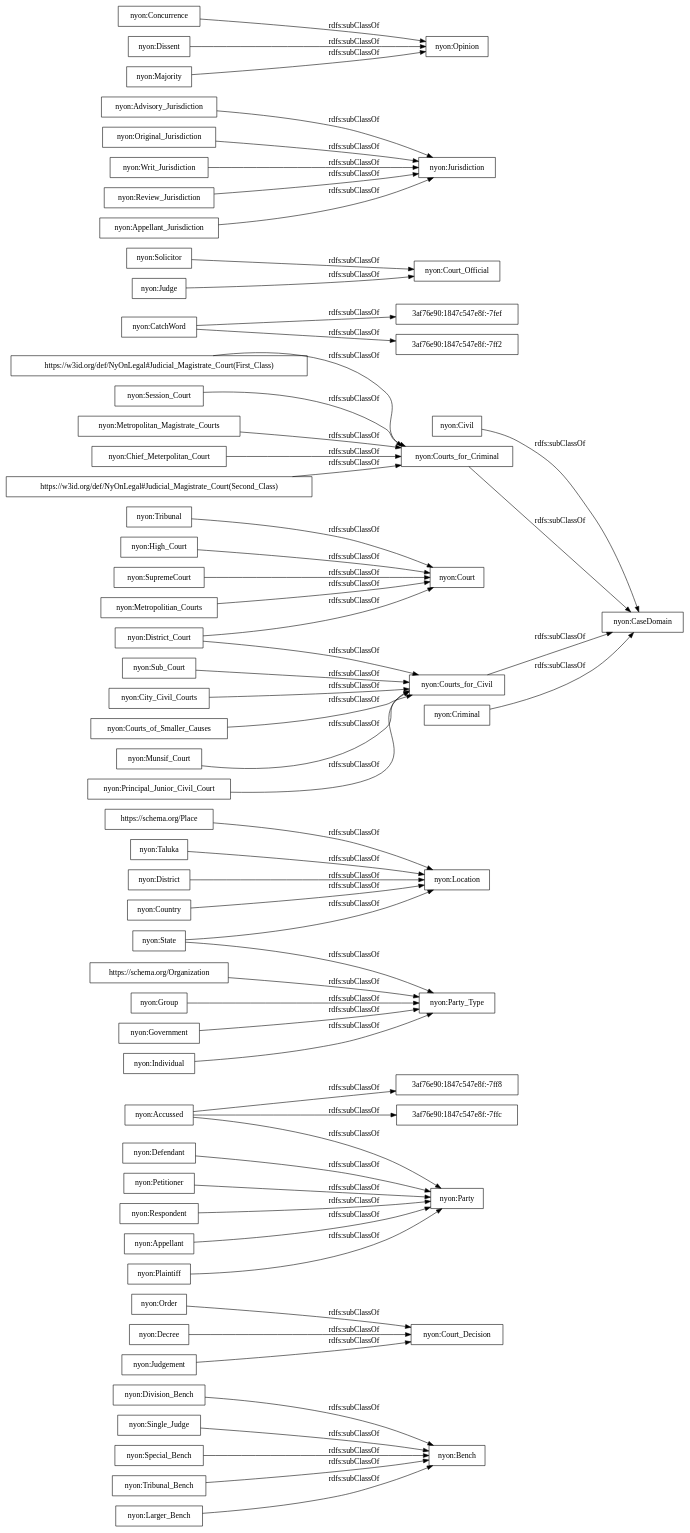
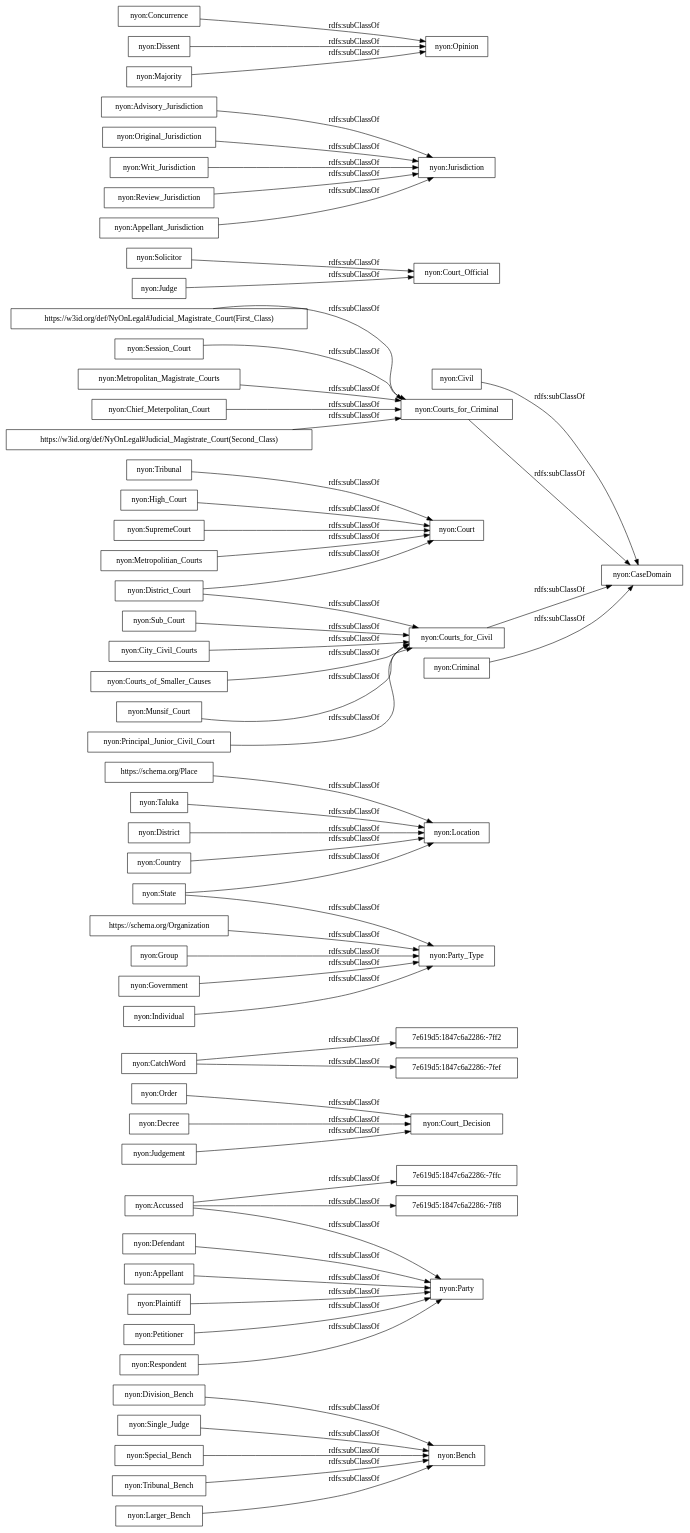
The diagram in OnToology/NyOn.owl/diagrams/ar2dtool-taxonomy/NyOn.owl.png.dot (ahmad88me/NyOn), drawn with Graphviz before and after one commit. The commit also changed 6 other files, not shown here.

```diff
--- a/OnToology/NyOn.owl/diagrams/ar2dtool-taxonomy/NyOn.owl.png.dot
+++ b/OnToology/NyOn.owl/diagrams/ar2dtool-taxonomy/NyOn.owl.png.dot
@@ -1,64 +1,64 @@
 digraph ar2dtool_diagram { 
 rankdir=LR;
 size="1000"
-node [shape = rectangle, color="black"]; "nyon:Division_Bench" "nyon:Order" "nyon:Decree" "nyon:Bench" "nyon:Party" "3af76e90:1847c547e8f:-7ffc" "nyon:Court_Decision" "nyon:Defendant" "https://schema.org/Place" "nyon:Accussed" "nyon:Civil" "nyon:Taluka" "nyon:Principal_Junior_Civil_Court" "3af76e90:1847c547e8f:-7fef" "nyon:Solicitor" "nyon:Advisory_Jurisdiction" "nyon:Single_Judge" "nyon:Session_Court" "nyon:Metropolitan_Magistrate_Courts" "nyon:District_Court" "nyon:Chief_Meterpolitan_Court" "nyon:Original_Jurisdiction" "nyon:Court_Official" "nyon:Court" "nyon:High_Court" "https://w3id.org/def/NyOnLegal#Judicial_Magistrate_Court(Second_Class)" "nyon:State" "nyon:Concurrence" "nyon:Courts_for_Criminal" "nyon:Courts_for_Civil" "nyon:Writ_Jurisdiction" "nyon:Location" "nyon:District" "nyon:Review_Jurisdiction" "nyon:City_Civil_Courts" "nyon:Appellant_Jurisdiction" "nyon:SupremeCourt" "nyon:Special_Bench" "nyon:Individual" "3af76e90:1847c547e8f:-7ff2" "nyon:Opinion" "nyon:Judge" "nyon:Courts_of_Smaller_Causes" "nyon:Judgement" "nyon:Tribunal_Bench" "nyon:Jurisdiction" "3af76e90:1847c547e8f:-7ff8" "https://schema.org/Organization" "nyon:Metropolitian_Courts" "nyon:Criminal" "nyon:Group" "nyon:Appellant" "nyon:Munsif_Court" "nyon:CatchWord" "nyon:Dissent" "nyon:Party_Type" "nyon:Plaintiff" "nyon:Country" "nyon:Tribunal" "nyon:Majority" "nyon:Petitioner" "nyon:CaseDomain" "nyon:Sub_Court" "nyon:Larger_Bench" "https://w3id.org/def/NyOnLegal#Judicial_Magistrate_Court(First_Class)" "nyon:Respondent" "nyon:Government" ; /*classes style*/
+node [shape = rectangle, color="black"]; "nyon:Division_Bench" "7e619d5:1847c6a2286:-7ffc" "nyon:Order" "nyon:Decree" "nyon:Bench" "nyon:Party" "nyon:Court_Decision" "nyon:Defendant" "7e619d5:1847c6a2286:-7ff2" "https://schema.org/Place" "nyon:Accussed" "nyon:Civil" "nyon:Taluka" "nyon:Principal_Junior_Civil_Court" "nyon:Solicitor" "nyon:Advisory_Jurisdiction" "nyon:Single_Judge" "7e619d5:1847c6a2286:-7fef" "nyon:Session_Court" "nyon:Metropolitan_Magistrate_Courts" "nyon:District_Court" "nyon:Chief_Meterpolitan_Court" "nyon:Original_Jurisdiction" "nyon:Court_Official" "nyon:Court" "nyon:High_Court" "https://w3id.org/def/NyOnLegal#Judicial_Magistrate_Court(Second_Class)" "nyon:State" "nyon:Concurrence" "nyon:Courts_for_Criminal" "nyon:Courts_for_Civil" "nyon:Writ_Jurisdiction" "nyon:Location" "nyon:District" "nyon:Review_Jurisdiction" "nyon:City_Civil_Courts" "nyon:Appellant_Jurisdiction" "nyon:SupremeCourt" "nyon:Special_Bench" "nyon:Individual" "nyon:Opinion" "nyon:Judge" "nyon:Courts_of_Smaller_Causes" "nyon:Judgement" "nyon:Tribunal_Bench" "nyon:Jurisdiction" "https://schema.org/Organization" "nyon:Metropolitian_Courts" "nyon:Criminal" "nyon:Group" "nyon:Appellant" "nyon:Munsif_Court" "nyon:CatchWord" "nyon:Dissent" "nyon:Party_Type" "nyon:Plaintiff" "nyon:Country" "nyon:Tribunal" "nyon:Majority" "nyon:Petitioner" "nyon:CaseDomain" "nyon:Sub_Court" "nyon:Larger_Bench" "7e619d5:1847c6a2286:-7ff8" "https://w3id.org/def/NyOnLegal#Judicial_Magistrate_Court(First_Class)" "nyon:Respondent" "nyon:Government" ; /*classes style*/
 	"nyon:Writ_Jurisdiction" -> "nyon:Jurisdiction" [ label = "rdfs:subClassOf" ];
 	"nyon:Special_Bench" -> "nyon:Bench" [ label = "rdfs:subClassOf" ];
 	"https://schema.org/Place" -> "nyon:Location" [ label = "rdfs:subClassOf" ];
 	"nyon:Judge" -> "nyon:Court_Official" [ label = "rdfs:subClassOf" ];
 	"nyon:Petitioner" -> "nyon:Party" [ label = "rdfs:subClassOf" ];
 	"nyon:Original_Jurisdiction" -> "nyon:Jurisdiction" [ label = "rdfs:subClassOf" ];
 	"nyon:Appellant" -> "nyon:Party" [ label = "rdfs:subClassOf" ];
 	"nyon:Order" -> "nyon:Court_Decision" [ label = "rdfs:subClassOf" ];
 	"nyon:Review_Jurisdiction" -> "nyon:Jurisdiction" [ label = "rdfs:subClassOf" ];
 	"https://schema.org/Organization" -> "nyon:Party_Type" [ label = "rdfs:subClassOf" ];
 	"nyon:District_Court" -> "nyon:Courts_for_Civil" [ label = "rdfs:subClassOf" ];
 	"nyon:District_Court" -> "nyon:Court" [ label = "rdfs:subClassOf" ];
 	"nyon:Metropolitian_Courts" -> "nyon:Court" [ label = "rdfs:subClassOf" ];
 	"nyon:Munsif_Court" -> "nyon:Courts_for_Civil" [ label = "rdfs:subClassOf" ];
 	"nyon:Respondent" -> "nyon:Party" [ label = "rdfs:subClassOf" ];
 	"nyon:Chief_Meterpolitan_Court" -> "nyon:Courts_for_Criminal" [ label = "rdfs:subClassOf" ];
 	"nyon:Session_Court" -> "nyon:Courts_for_Criminal" [ label = "rdfs:subClassOf" ];
 	"nyon:Majority" -> "nyon:Opinion" [ label = "rdfs:subClassOf" ];
 	"nyon:SupremeCourt" -> "nyon:Court" [ label = "rdfs:subClassOf" ];
 	"nyon:Larger_Bench" -> "nyon:Bench" [ label = "rdfs:subClassOf" ];
 	"nyon:Single_Judge" -> "nyon:Bench" [ label = "rdfs:subClassOf" ];
 	"nyon:Dissent" -> "nyon:Opinion" [ label = "rdfs:subClassOf" ];
 	"nyon:Government" -> "nyon:Party_Type" [ label = "rdfs:subClassOf" ];
 	"nyon:City_Civil_Courts" -> "nyon:Courts_for_Civil" [ label = "rdfs:subClassOf" ];
 	"nyon:District" -> "nyon:Location" [ label = "rdfs:subClassOf" ];
 	"nyon:Decree" -> "nyon:Court_Decision" [ label = "rdfs:subClassOf" ];
 	"nyon:High_Court" -> "nyon:Court" [ label = "rdfs:subClassOf" ];
 	"nyon:Courts_for_Civil" -> "nyon:CaseDomain" [ label = "rdfs:subClassOf" ];
 	"nyon:Sub_Court" -> "nyon:Courts_for_Civil" [ label = "rdfs:subClassOf" ];
 	"nyon:Civil" -> "nyon:CaseDomain" [ label = "rdfs:subClassOf" ];
 	"nyon:Plaintiff" -> "nyon:Party" [ label = "rdfs:subClassOf" ];
 	"nyon:State" -> "nyon:Party_Type" [ label = "rdfs:subClassOf" ];
 	"nyon:State" -> "nyon:Location" [ label = "rdfs:subClassOf" ];
 	"nyon:Criminal" -> "nyon:CaseDomain" [ label = "rdfs:subClassOf" ];
 	"nyon:Principal_Junior_Civil_Court" -> "nyon:Courts_for_Civil" [ label = "rdfs:subClassOf" ];
 	"nyon:Tribunal" -> "nyon:Court" [ label = "rdfs:subClassOf" ];
 	"https://w3id.org/def/NyOnLegal#Judicial_Magistrate_Court(Second_Class)" -> "nyon:Courts_for_Criminal" [ label = "rdfs:subClassOf" ];
 	"nyon:Courts_for_Criminal" -> "nyon:CaseDomain" [ label = "rdfs:subClassOf" ];
 	"nyon:Concurrence" -> "nyon:Opinion" [ label = "rdfs:subClassOf" ];
-	"nyon:CatchWord" -> "3af76e90:1847c547e8f:-7fef" [ label = "rdfs:subClassOf" ];
-	"nyon:CatchWord" -> "3af76e90:1847c547e8f:-7ff2" [ label = "rdfs:subClassOf" ];
+	"nyon:CatchWord" -> "7e619d5:1847c6a2286:-7fef" [ label = "rdfs:subClassOf" ];
+	"nyon:CatchWord" -> "7e619d5:1847c6a2286:-7ff2" [ label = "rdfs:subClassOf" ];
 	"nyon:Solicitor" -> "nyon:Court_Official" [ label = "rdfs:subClassOf" ];
 	"nyon:Courts_of_Smaller_Causes" -> "nyon:Courts_for_Civil" [ label = "rdfs:subClassOf" ];
 	"nyon:Defendant" -> "nyon:Party" [ label = "rdfs:subClassOf" ];
-	"nyon:Accussed" -> "3af76e90:1847c547e8f:-7ff8" [ label = "rdfs:subClassOf" ];
-	"nyon:Accussed" -> "3af76e90:1847c547e8f:-7ffc" [ label = "rdfs:subClassOf" ];
+	"nyon:Accussed" -> "7e619d5:1847c6a2286:-7ff8" [ label = "rdfs:subClassOf" ];
+	"nyon:Accussed" -> "7e619d5:1847c6a2286:-7ffc" [ label = "rdfs:subClassOf" ];
 	"nyon:Accussed" -> "nyon:Party" [ label = "rdfs:subClassOf" ];
 	"nyon:Group" -> "nyon:Party_Type" [ label = "rdfs:subClassOf" ];
 	"nyon:Country" -> "nyon:Location" [ label = "rdfs:subClassOf" ];
 	"nyon:Tribunal_Bench" -> "nyon:Bench" [ label = "rdfs:subClassOf" ];
 	"nyon:Taluka" -> "nyon:Location" [ label = "rdfs:subClassOf" ];
 	"nyon:Judgement" -> "nyon:Court_Decision" [ label = "rdfs:subClassOf" ];
 	"nyon:Division_Bench" -> "nyon:Bench" [ label = "rdfs:subClassOf" ];
 	"nyon:Advisory_Jurisdiction" -> "nyon:Jurisdiction" [ label = "rdfs:subClassOf" ];
 	"nyon:Metropolitan_Magistrate_Courts" -> "nyon:Courts_for_Criminal" [ label = "rdfs:subClassOf" ];
 	"nyon:Appellant_Jurisdiction" -> "nyon:Jurisdiction" [ label = "rdfs:subClassOf" ];
 	"nyon:Individual" -> "nyon:Party_Type" [ label = "rdfs:subClassOf" ];
 	"https://w3id.org/def/NyOnLegal#Judicial_Magistrate_Court(First_Class)" -> "nyon:Courts_for_Criminal" [ label = "rdfs:subClassOf" ];
 
 }
```
